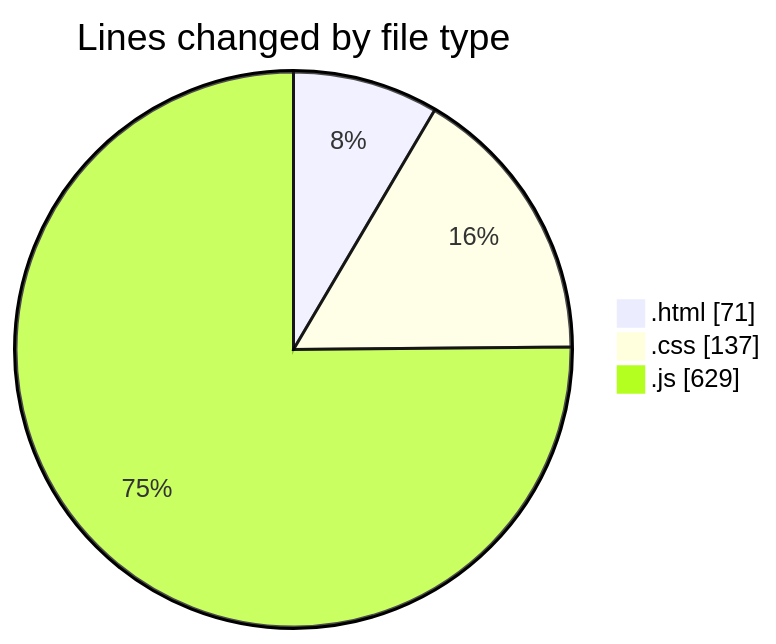
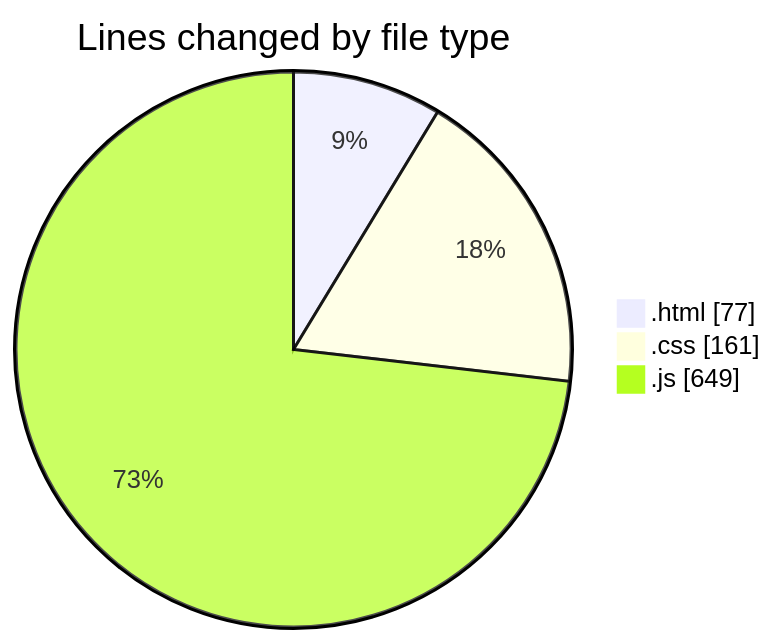
Before and after one commit to robertbonfada/code-tracking: the first of 2 diagrams in 2025-03-03/snake-game/README.md, drawn with Mermaid. The commit also changed other lines of this file and 1 other file, not shown here.

````diff
--- a/2025-03-03/snake-game/README.md
+++ b/2025-03-03/snake-game/README.md
@@ -23,7 +23,7 @@
 ```mermaid
 pie showData
 title Lines changed by file type
-".html" : 71
-".css" : 137
-".js" : 629
+".html" : 77
+".css" : 161
+".js" : 649
 ```
````
